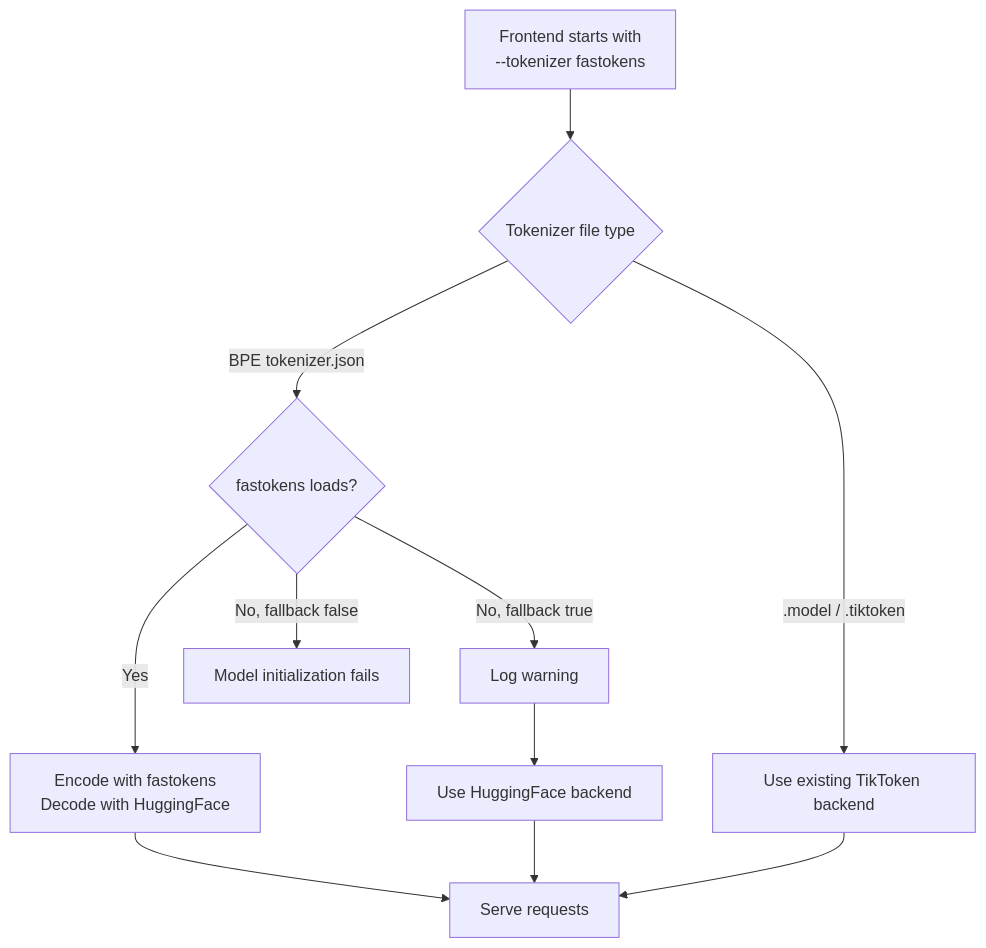
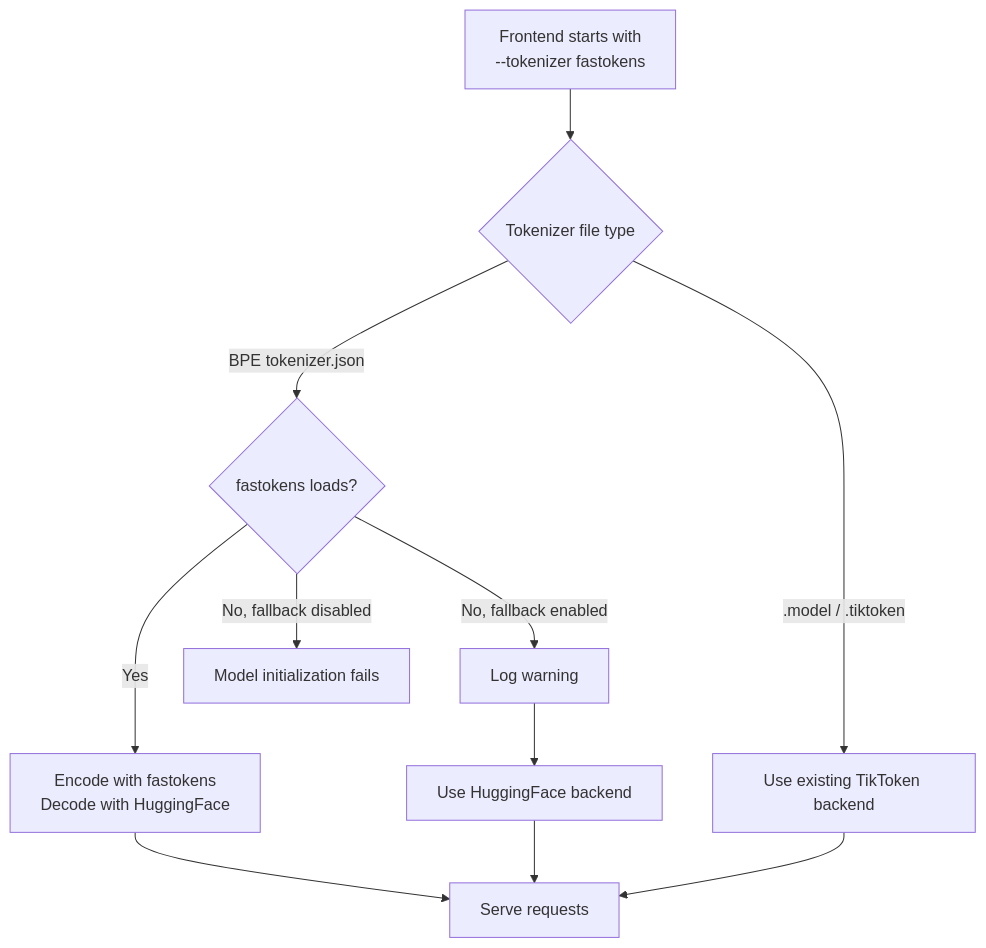
One commit to ai-dynamo/dynamo changed the diagram in docs/fern/pages/use-cases/fastokens-tokenizer/overview.md. Above: the diagram before and after it, drawn with Mermaid. The commit also changed other lines of this file and 11 other files, not shown here.

````diff
--- a/docs/fern/pages/use-cases/fastokens-tokenizer/overview.md
+++ b/docs/fern/pages/use-cases/fastokens-tokenizer/overview.md
@@ -122,12 +122,12 @@
   ```mermaid
   flowchart TD
       Start["Frontend starts with<br/>--tokenizer fastokens"] --> Kind{"Tokenizer file type"}
       Kind -->|BPE tokenizer.json| Load{"fastokens loads?"}
       Kind -->|.model / .tiktoken| Other["Use existing TikToken backend"]
       Load -->|Yes| Fast["Encode with fastokens<br/>Decode with HuggingFace"]
-      Load -->|No, fallback true| Warn["Log warning"] --> Default["Use HuggingFace backend"]
-      Load -->|No, fallback false| Fail["Model initialization fails"]
+      Load -->|No, fallback enabled| Warn["Log warning"] --> Default["Use HuggingFace backend"]
+      Load -->|No, fallback disabled| Fail["Model initialization fails"]
       Fast --> Serve["Serve requests"]
       Default --> Serve
       Other --> Serve
   ```
````
